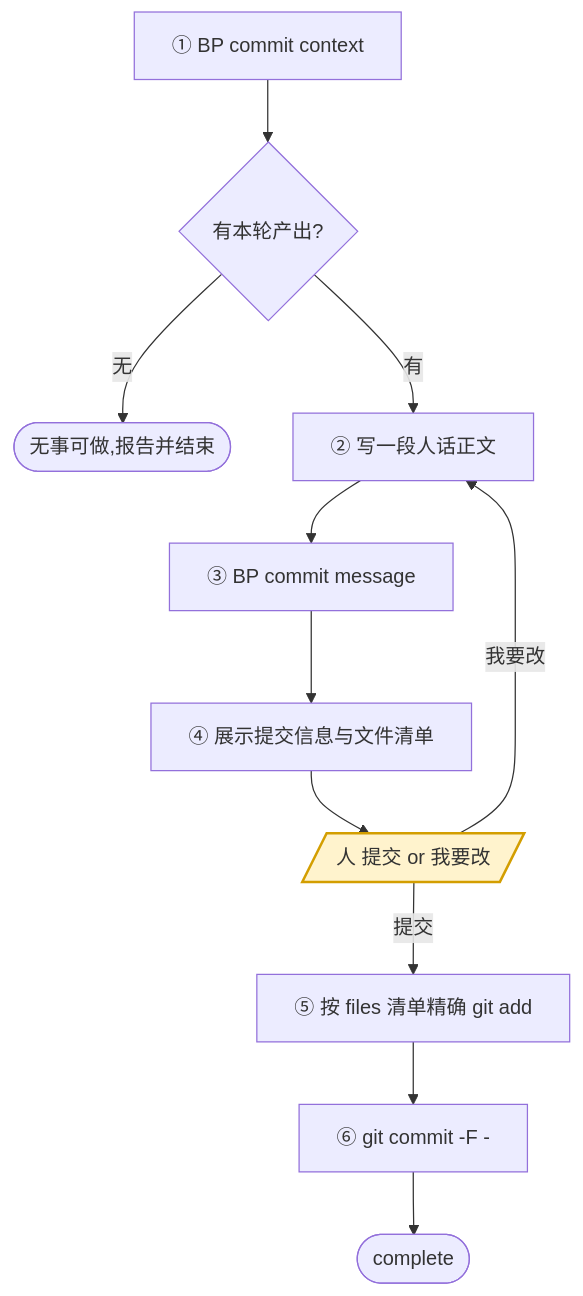
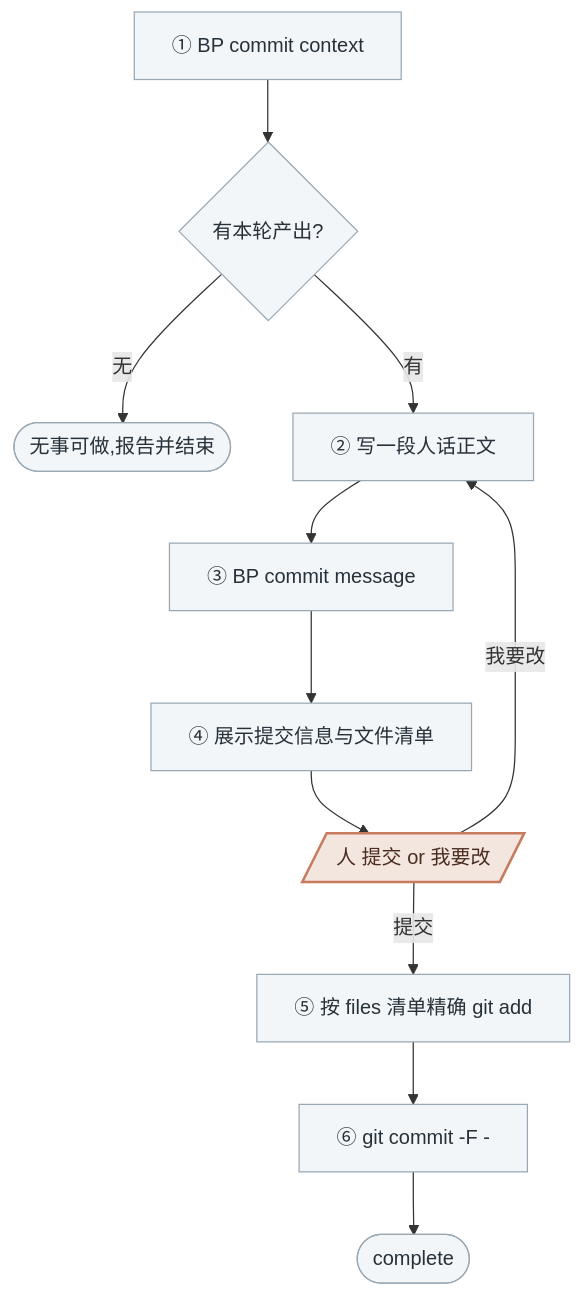
One commit to chxt100016/blueprint changed the diagram in skills/blueprint/assets/skills/commit.md. Above: the diagram before and after it, drawn with Mermaid. The commit also changed other lines of this file and 50 other files, not shown here.

````diff
--- a/skills/blueprint/assets/skills/commit.md
+++ b/skills/blueprint/assets/skills/commit.md
@@ -38,16 +36,17 @@
 ```mermaid
 flowchart TD
     A[① BP commit context] --> B{有本轮产出?}
     B -->|无| C([无事可做,报告并结束])
     B -->|有| D[② 写一段人话正文]
     D --> E[③ BP commit message]
     E --> F[④ 展示提交信息与文件清单]
     F --> P1[/人 提交 or 我要改/]
     P1 -->|我要改| D
     P1 -->|提交| G[⑤ 按 files 清单精确 git add]
     G --> H[⑥ git commit -F -]
     H --> I([complete])
 
-    classDef human fill:#fff3cd,stroke:#d39e00,stroke-width:2px
+    classDef default fill:#f3f6f8,stroke:#9aa8b4,color:#27313a
+    classDef human fill:#f3e6df,stroke:#c77a5c,color:#4a2c21,stroke-width:2px
     class P1 human
 ```
````
